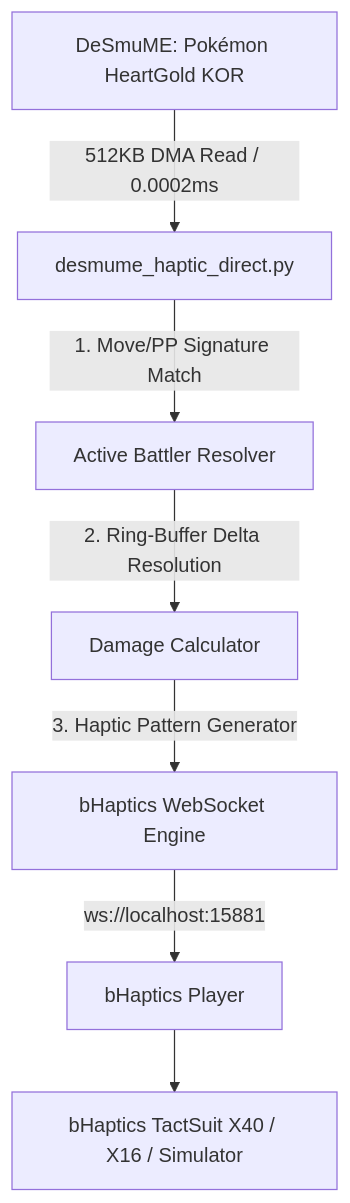
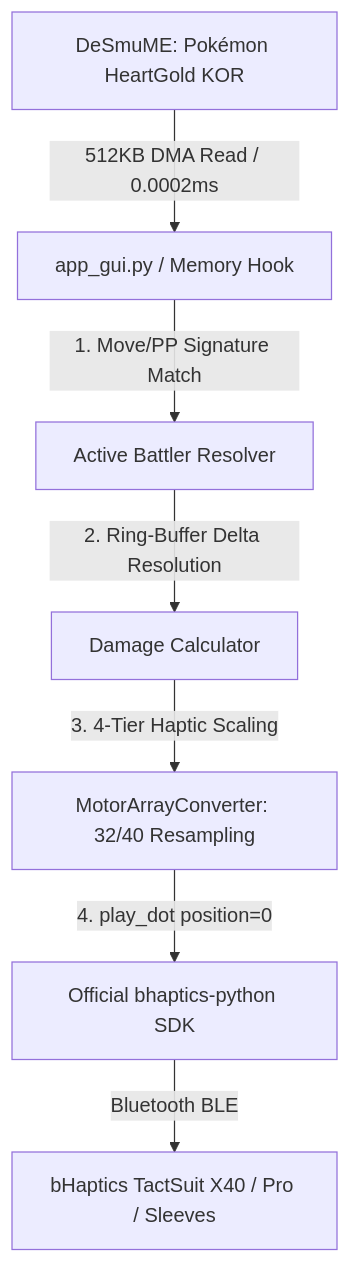
The diagram in README.md (ManofKimchi08/bhaptics-pokemon-hgss), drawn with Mermaid before and after one commit. The commit also changed other lines of this file and 5 other files, not shown here.

Commit message:
feat: integrate official bhaptics-python SDK, App ID/API Key GUI settings, 32/40 motor resampling, and config.json

````diff
--- a/README.md
+++ b/README.md
@@ -33,9 +34,9 @@
 ```mermaid
 graph TD
-    A[DeSmuME: Pokémon HeartGold KOR] -->|512KB DMA Read / 0.0002ms| B[desmume_haptic_direct.py]
+    A[DeSmuME: Pokémon HeartGold KOR] -->|512KB DMA Read / 0.0002ms| B[app_gui.py / Memory Hook]
     B -->|1. Move/PP Signature Match| C[Active Battler Resolver]
     C -->|2. Ring-Buffer Delta Resolution| D[Damage Calculator]
-    D -->|3. Haptic Pattern Generator| E[bHaptics WebSocket Engine]
-    E -->|ws://localhost:15881| F[bHaptics Player]
-    F --> G[bHaptics TactSuit X40 / X16 / Simulator]
+    D -->|3. 4-Tier Haptic Scaling| E[MotorArrayConverter: 32/40 Resampling]
+    E -->|4. play_dot position=0| F[Official bhaptics-python SDK]
+    F -->|Bluetooth BLE| G[bHaptics TactSuit X40 / Pro / Sleeves]
 ```
````
